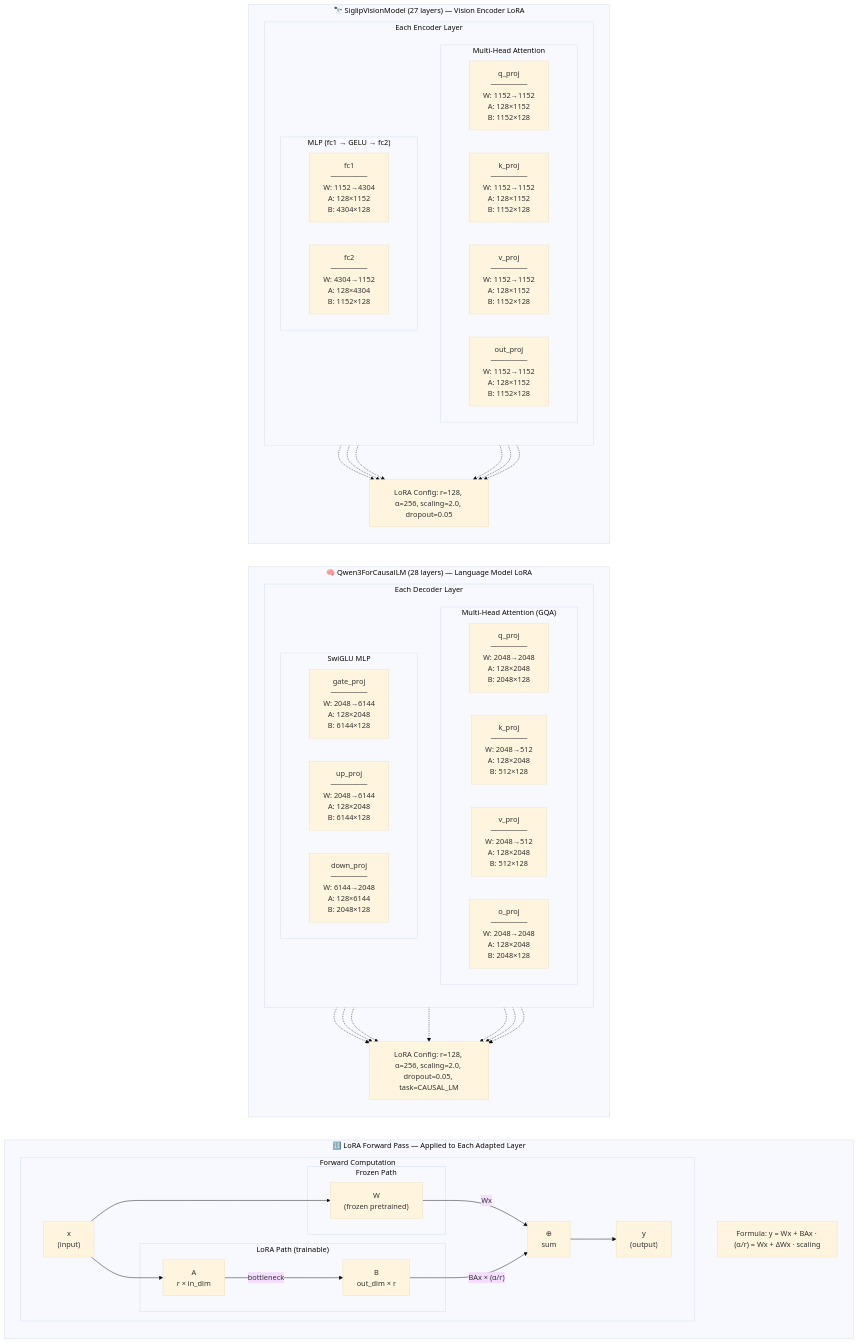
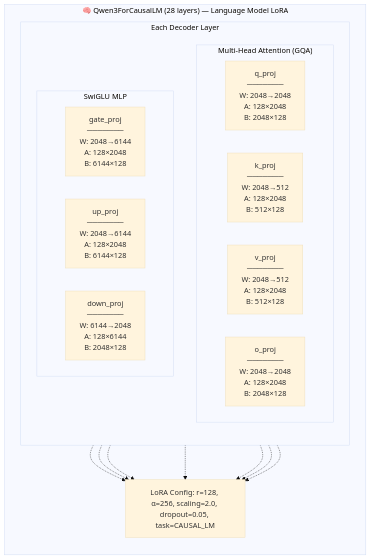
One commit to mvipin/chefmate changed the seventh of 45 diagrams in README.md. Above: the diagram before and after it, drawn with Mermaid (base theme). The commit also changed other lines of this file, not shown here.

````diff
--- a/README.md
+++ b/README.md
@@ -724,37 +757,5 @@
 ```mermaid
 flowchart TB
-    %% ═══════════════════════════════════════════════════════════════
-    %% SECTION 1: Vision Encoder (Top)
-    %% ═══════════════════════════════════════════════════════════════
-    subgraph VisionEncoder["🔭 SiglipVisionModel (27 layers) — Vision Encoder LoRA"]
-        direction TB
-
-        subgraph VLayer["Each Encoder Layer"]
-            direction TB
-
-            subgraph VMHA["Multi-Head Attention"]
-                direction LR
-                VQ["q_proj<br/>───────<br/>W: 1152→1152<br/>A: 128×1152<br/>B: 1152×128"]
-                VK["k_proj<br/>───────<br/>W: 1152→1152<br/>A: 128×1152<br/>B: 1152×128"]
-                VV["v_proj<br/>───────<br/>W: 1152→1152<br/>A: 128×1152<br/>B: 1152×128"]
-                VOUT["out_proj<br/>───────<br/>W: 1152→1152<br/>A: 128×1152<br/>B: 1152×128"]
-            end
-
-            subgraph VMLP["MLP (fc1 → GELU → fc2)"]
-                direction LR
-                VFC1["fc1<br/>───────<br/>W: 1152→4304<br/>A: 128×1152<br/>B: 4304×128"]
-                VFC2["fc2<br/>───────<br/>W: 4304→1152<br/>A: 128×4304<br/>B: 1152×128"]
-            end
-        end
-
-        VCFG["LoRA Config: r=128, α=256, scaling=2.0, dropout=0.05"]
-        VQ & VK & VV & VOUT -.-> VCFG
-        VFC1 & VFC2 -.-> VCFG
-    end
-
-    %% ═══════════════════════════════════════════════════════════════
-    %% SECTION 2: Language Model (Middle)
-    %% ═══════════════════════════════════════════════════════════════
     subgraph LLM["🧠 Qwen3ForCausalLM (28 layers) — Language Model LoRA"]
         direction TB
 
@@ -781,41 +782,4 @@
         LQ & LK & LV & LO -.-> LCFG
         LGATE & LUP & LDOWN -.-> LCFG
     end
-
-    %% ═══════════════════════════════════════════════════════════════
-    %% SECTION 3: LoRA Forward Pass Math (Bottom)
-    %% ═══════════════════════════════════════════════════════════════
-    subgraph LoRAMath["🔢 LoRA Forward Pass — Applied to Each Adapted Layer"]
-        direction TB
-
-        subgraph ForwardFlow["Forward Computation"]
-            direction LR
-            INPUT["x<br/>(input)"]
-
-            subgraph Pretrained["Frozen Path"]
-                ORIG["W<br/>(frozen pretrained)"]
-            end
-
-            subgraph LoRAPath["LoRA Path (trainable)"]
-                LORA_A["A<br/>r × in_dim"]
-                LORA_B["B<br/>out_dim × r"]
-            end
-
-            SUM["⊕<br/>sum"]
-            OUTPUT["y<br/>(output)"]
-
-            INPUT --> ORIG
-            INPUT --> LORA_A
-            LORA_A -->|"bottleneck"| LORA_B
-            ORIG -->|"Wx"| SUM
-            LORA_B -->|"BAx × (α/r)"| SUM
-            SUM --> OUTPUT
-        end
-
-        FORMULA["Formula: y = Wx + BAx · (α/r) = Wx + ΔWx · scaling"]
-    end
-
-    %% Vertical stacking connections (invisible, for layout)
-    VisionEncoder ~~~ LLM
-    LLM ~~~ LoRAMath
 ```
````
